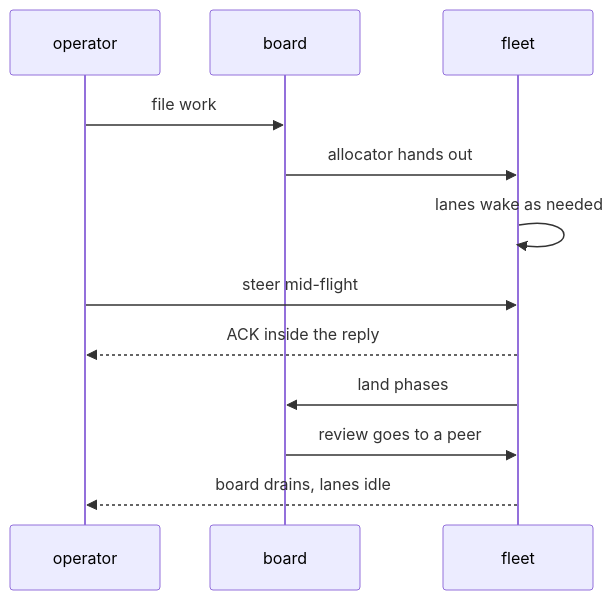
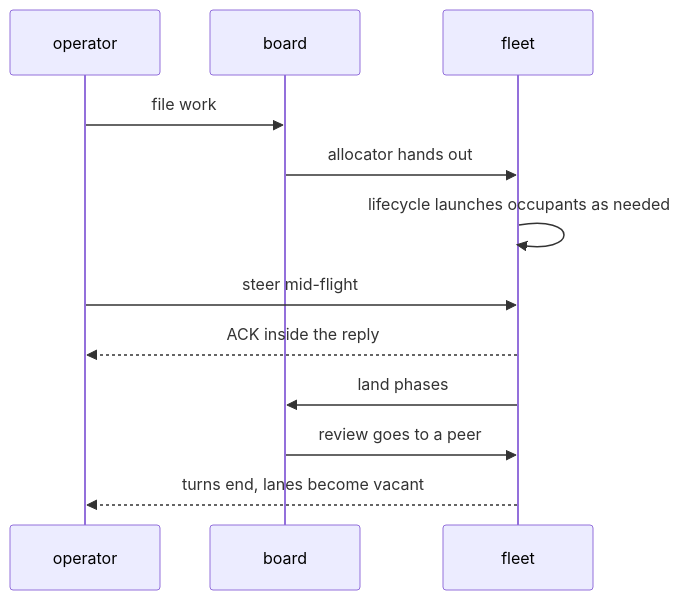
The third of 6 diagrams in docs/product/model/failures.md (infimalabs/spice-rust), drawn with Mermaid before and after one commit. The commit also changed other lines of this file and 71 other files, not shown here.

````diff
--- a/docs/product/model/failures.md
+++ b/docs/product/model/failures.md
@@ -78,14 +92,14 @@
 ```mermaid
 sequenceDiagram
   participant O as operator
   participant B as board
   participant F as fleet
   O->>B: file work
   B->>F: allocator hands out
-  F->>F: lanes wake as needed
+  F->>F: lifecycle launches occupants as needed
   O->>F: steer mid-flight
   F-->>O: ACK inside the reply
   F->>B: land phases
   B->>F: review goes to a peer
-  F-->>O: board drains, lanes idle
+  F-->>O: turns end, lanes become vacant
 ```
````
